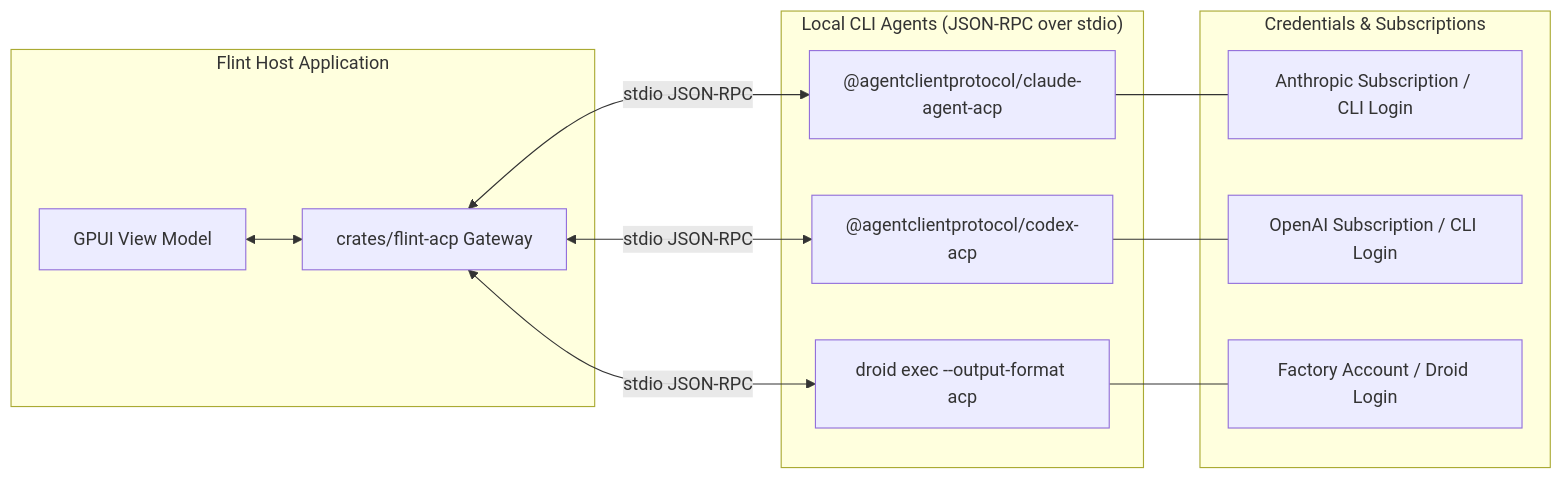
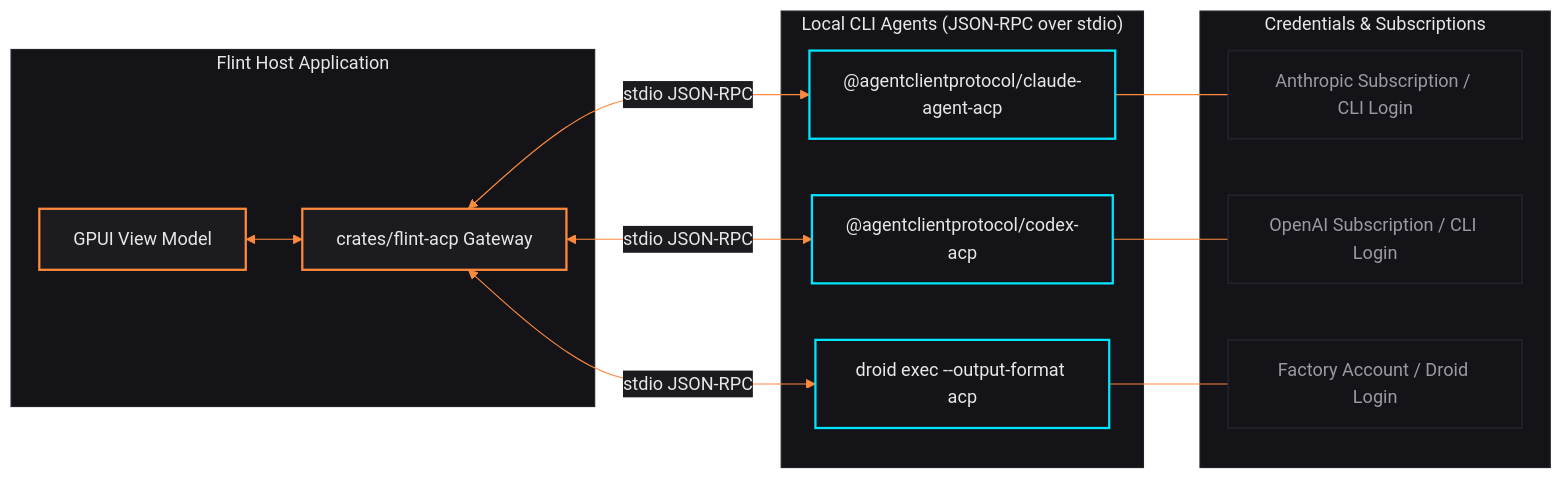
One commit to DevvGwardo/flint changed the fifth of 5 diagrams in docs/ARCHITECTURE.md. Above: the diagram before and after it, drawn with Mermaid. The commit also changed other lines of this file and 1 other file, not shown here.

Commit message:
docs: apply Hermes brand styling and themes to all Mermaid diagrams

````diff
--- a/docs/ARCHITECTURE.md
+++ b/docs/ARCHITECTURE.md
@@ -221,28 +321,56 @@
 ```mermaid
+%%{init: {
+  'theme': 'base',
+  'themeVariables': {
+    'darkMode': true,
+    'primaryColor': '#1b1b20',
+    'primaryTextColor': '#e7e7ea',
+    'primaryBorderColor': '#ff8a3d',
+    'lineColor': '#ff8a3d',
+    'secondaryColor': '#141418',
+    'tertiaryColor': '#0e0e10',
+    'mainBkg': '#141418',
+    'nodeBorder': '#ff8a3d',
+    'clusterBkg': '#141418',
+    'clusterBorder': '#222228',
+    'defaultLinkColor': '#ff8a3d',
+    'titleColor': '#e7e7ea',
+    'edgeLabelBackground': '#1b1b20'
+  }
+}}%%
 flowchart LR
+    classDef default fill:#141418,stroke:#222228,stroke-width:1.5px,color:#e7e7ea;
+    classDef ember fill:#1b1b20,stroke:#ff8a3d,stroke-width:2px,color:#e7e7ea;
+    classDef cyan fill:#141418,stroke:#00e5ff,stroke-width:2px,color:#e7e7ea;
+    classDef surface fill:#141418,stroke:#222228,stroke-width:1.5px,color:#9a9aa4;
+
     subgraph FlintHost ["Flint Host Application"]
         UI["GPUI View Model"]
         ACPDriver["crates/flint-acp Gateway"]
     end
 
     subgraph ExternalAgents ["Local CLI Agents (JSON-RPC over stdio)"]
         Claude["@agentclientprotocol/claude-agent-acp"]
         Codex["@agentclientprotocol/codex-acp"]
         Droid["droid exec --output-format acp"]
     end
 
     subgraph Auth ["Credentials & Subscriptions"]
         ClaudeAuth["Anthropic Subscription / CLI Login"]
         CodexAuth["OpenAI Subscription / CLI Login"]
         DroidAuth["Factory Account / Droid Login"]
     end
 
     UI <--> ACPDriver
     ACPDriver <-->|stdio JSON-RPC| Claude
     ACPDriver <-->|stdio JSON-RPC| Codex
     ACPDriver <-->|stdio JSON-RPC| Droid
 
     Claude --- ClaudeAuth
     Codex --- CodexAuth
     Droid --- DroidAuth
+
+    class UI,ACPDriver ember;
+    class Claude,Codex,Droid cyan;
+    class ClaudeAuth,CodexAuth,DroidAuth surface;
 ```
````
